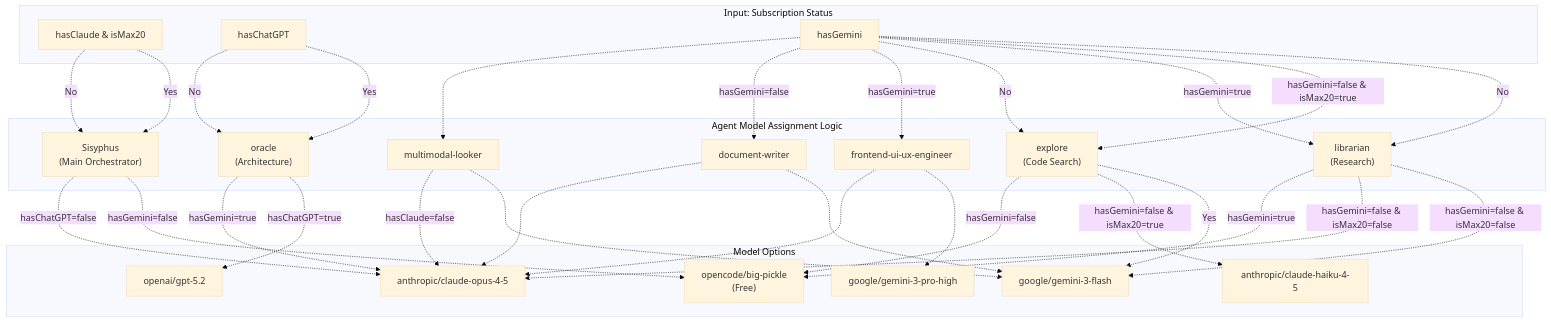
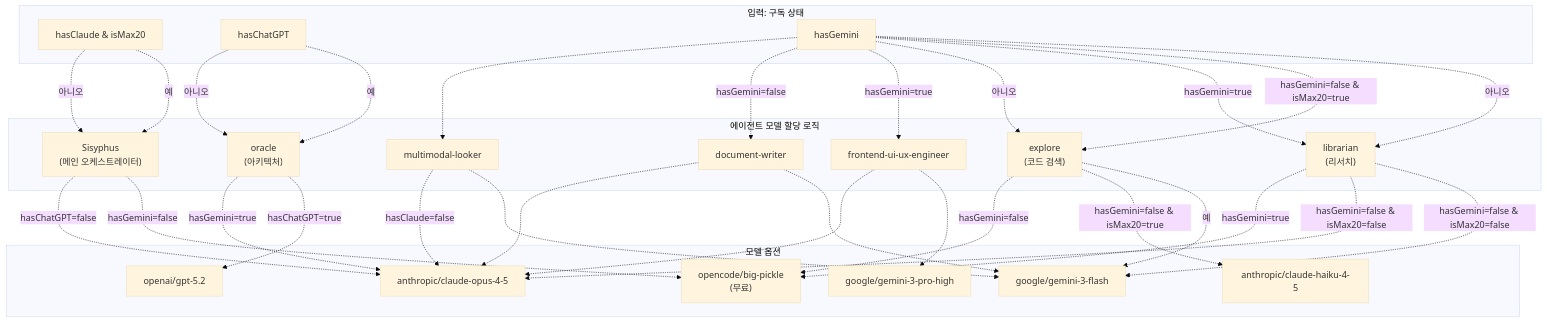
The fourth of 6 diagrams in docs/getting-started/installation.md (felipetruman/oh-my-opencode-docs), drawn with Mermaid (base theme) before and after one commit. The commit also changed other lines of this file and 76 other files, not shown here.

````diff
--- a/docs/getting-started/installation.md
+++ b/docs/getting-started/installation.md
@@ -227,73 +227,73 @@
 ```mermaid
 flowchart TD
 
 Claude["hasClaude & isMax20"]
 ChatGPT["hasChatGPT"]
 Gemini["hasGemini"]
-Sisyphus["Sisyphus<br>(Main Orchestrator)"]
-Oracle["oracle<br>(Architecture)"]
-Librarian["librarian<br>(Research)"]
-Explore["explore<br>(Code Search)"]
+Sisyphus["Sisyphus<br>(메인 오케스트레이터)"]
+Oracle["oracle<br>(아키텍처)"]
+Librarian["librarian<br>(리서치)"]
+Explore["explore<br>(코드 검색)"]
 Frontend["frontend-ui-ux-engineer"]
 DocWriter["document-writer"]
 Multimodal["multimodal-looker"]
 OpusHigh["anthropic/claude-opus-4-5"]
 GPT52["openai/gpt-5.2"]
 GeminiFlash["google/gemini-3-flash"]
 GeminiProHigh["google/gemini-3-pro-high"]
 Haiku["anthropic/claude-haiku-4-5"]
-BigPickle["opencode/big-pickle<br>(Free)"]
+BigPickle["opencode/big-pickle<br>(무료)"]
 
-Claude -.->|"Yes"| Sisyphus
-Claude -.->|"No"| Sisyphus
+Claude -.->|"예"| Sisyphus
+Claude -.->|"아니오"| Sisyphus
 Sisyphus -.->|"hasGemini=false"| BigPickle
 Sisyphus -.->|"hasChatGPT=false"| OpusHigh
-ChatGPT -.->|"Yes"| Oracle
-ChatGPT -.->|"No"| Oracle
+ChatGPT -.->|"예"| Oracle
+ChatGPT -.->|"아니오"| Oracle
 Oracle -.->|"hasChatGPT=true"| GPT52
 Oracle -.->|"hasGemini=true"| OpusHigh
-Gemini -.->|"No"| Librarian
+Gemini -.->|"아니오"| Librarian
 Gemini -.->|"hasGemini=false & isMax20=true"| Explore
 Gemini -.->|"hasGemini=true"| Librarian
-Gemini -.->|"No"| Explore
+Gemini -.->|"아니오"| Explore
 Librarian -.->|"hasGemini=false & isMax20=false"| GeminiFlash
 Librarian -.->|"hasGemini=false & isMax20=false"| OpusHigh
 Librarian -.->|"hasGemini=true"| BigPickle
-Explore -.->|"Yes"| GeminiFlash
+Explore -.->|"예"| GeminiFlash
 Explore -.->|"hasGemini=false & isMax20=true"| Haiku
 Explore -.->|"hasGemini=false"| BigPickle
 Gemini -.->|"hasGemini=true"| Frontend
 Gemini -.->|"hasGemini=false"| DocWriter
 Gemini -.-> Multimodal
 Frontend -.-> GeminiProHigh
 Frontend -.-> OpusHigh
 DocWriter -.-> GeminiFlash
 DocWriter -.-> OpusHigh
 Multimodal -.-> GeminiFlash
 Multimodal -.->|"hasClaude=false"| OpusHigh
 
-subgraph subGraph2 ["Model Options"]
+subgraph subGraph2 ["모델 옵션"]
     OpusHigh
     GPT52
     GeminiFlash
     GeminiProHigh
     Haiku
     BigPickle
 end
 
-subgraph subGraph1 ["Agent Model Assignment Logic"]
+subgraph subGraph1 ["에이전트 모델 할당 로직"]
     Sisyphus
     Oracle
     Librarian
     Explore
     Frontend
     DocWriter
     Multimodal
 end
 
-subgraph subGraph0 ["Input: Subscription Status"]
+subgraph subGraph0 ["입력: 구독 상태"]
     Claude
     ChatGPT
     Gemini
 end
 ```
````
